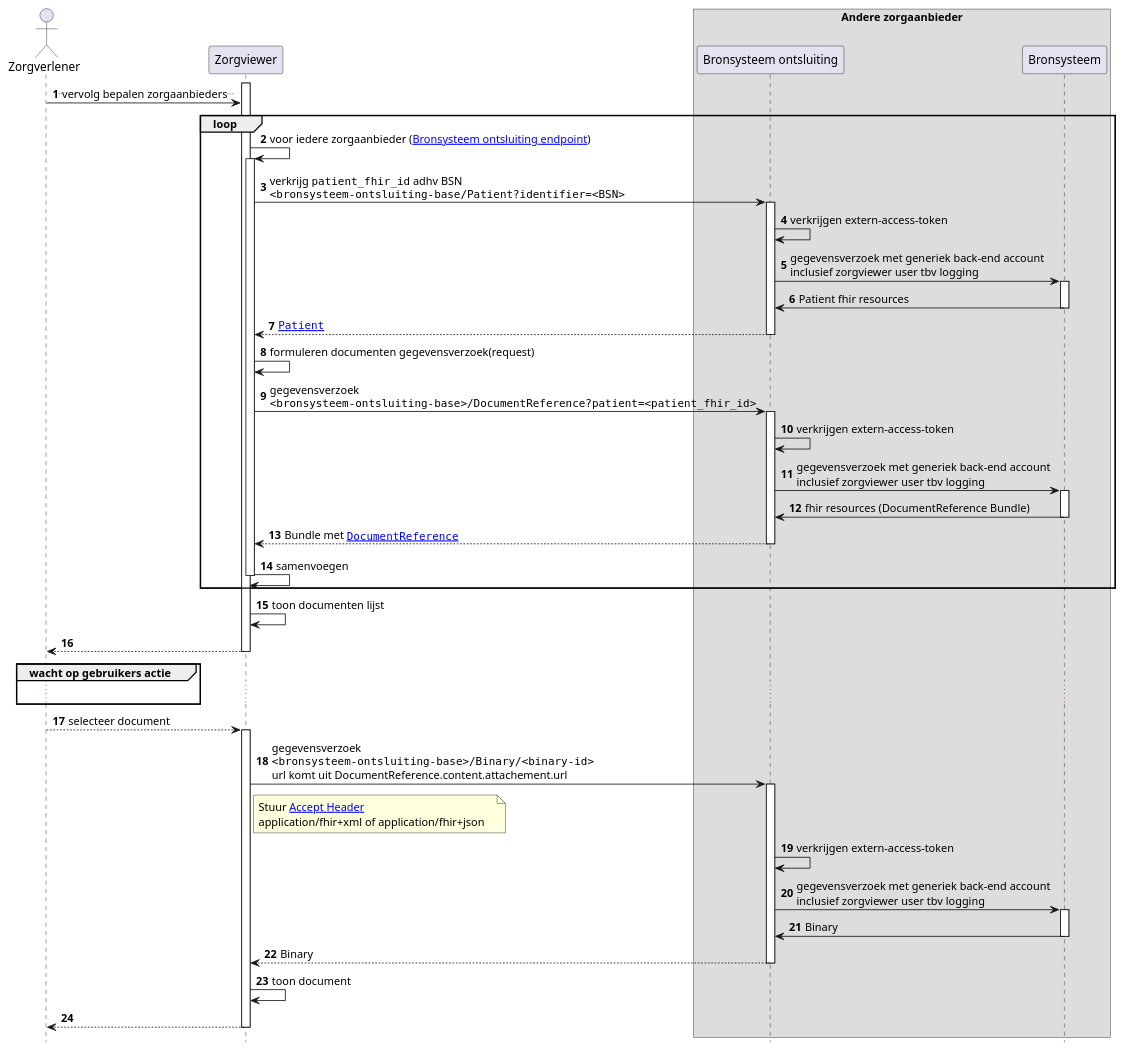
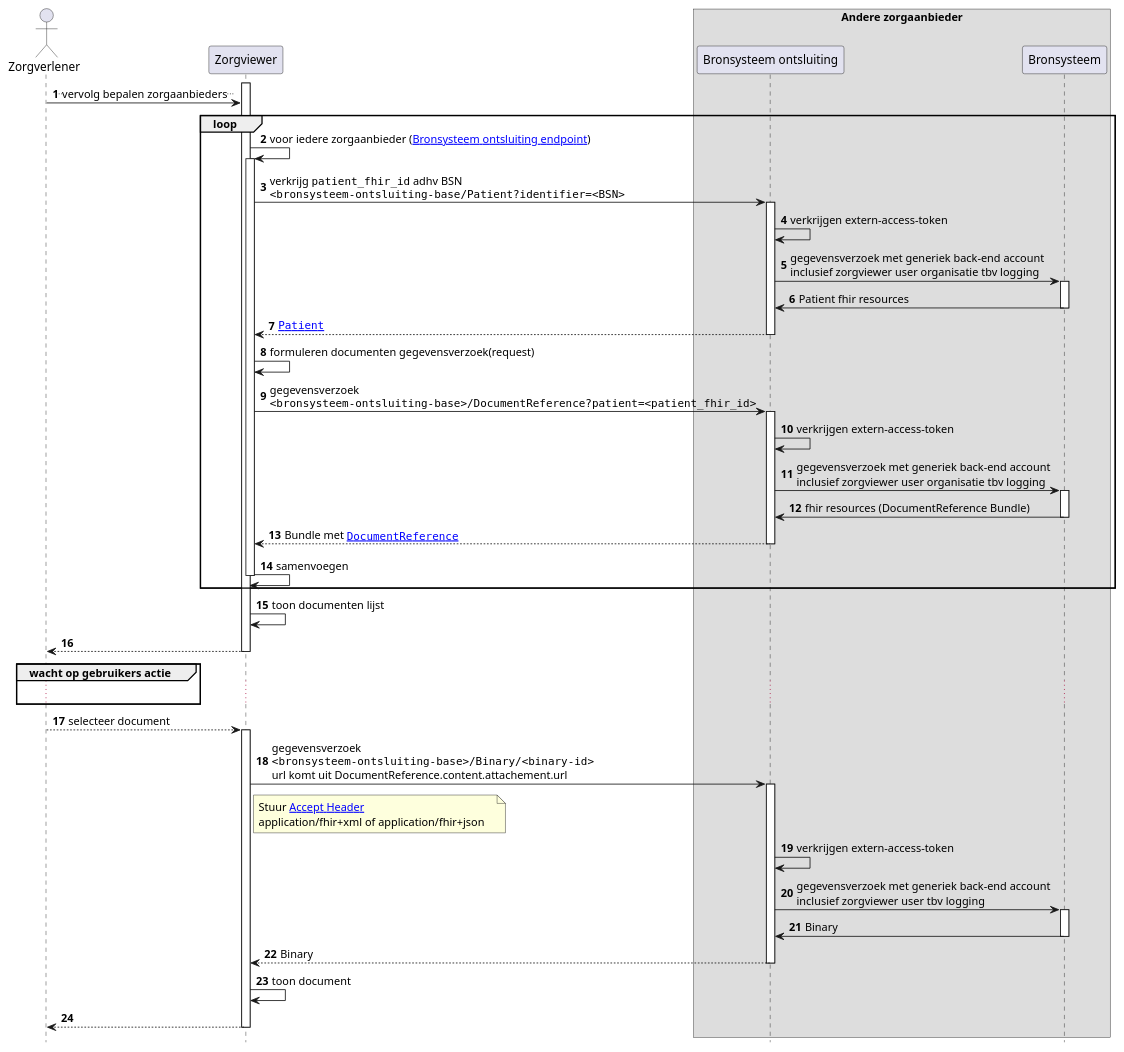
The diagram in input/images-source/Zorgviewer-seq-4.plantuml (RIVO-Noord/zorgviewer-ig), drawn with PlantUML before and after one commit. The commit also changed 1 other file, not shown here.

```diff
--- a/input/images-source/Zorgviewer-seq-4.plantuml
+++ b/input/images-source/Zorgviewer-seq-4.plantuml
@@ -1,64 +1,64 @@
 @startuml
 hide footbox
 autonumber
 
 actor Zorgverlener
 participant Zorgviewer
 box "Andere zorgaanbieder"
 participant "Bronsysteem ontsluiting" as Bron
 participant Bronsysteem
 end box
 
 activate Zorgviewer
 Zorgverlener->Zorgviewer: ..vervolg bepalen zorgaanbieders..
 loop
     Zorgviewer->Zorgviewer: voor iedere zorgaanbieder ([[Endpoint-UMCG.html Bronsysteem ontsluiting endpoint]])
     activate Zorgviewer
     Zorgviewer->Bron : verkrijg ""patient_fhir_id"" adhv BSN\n""<bronsysteem-ontsluiting-base/Patient?identifier=<BSN>""
     activate Bron
     Bron->Bron : verkrijgen extern-access-token
-    Bron->Bronsysteem : gegevensverzoek met generiek back-end account\ninclusief zorgviewer user tbv logging
+    Bron->Bronsysteem : gegevensverzoek met generiek back-end account\ninclusief zorgviewer user organisatie tbv logging
     activate Bronsysteem
     Bronsysteem->Bron: Patient fhir resources
     deactivate Bronsysteem
     Bron-->Zorgviewer : ""[[StructureDefinition-Patient.html Patient]]""
     deactivate Bron
     Zorgviewer->Zorgviewer: formuleren documenten gegevensverzoek(request)
     Zorgviewer->Bron: gegevensverzoek\n""<bronsysteem-ontsluiting-base>/DocumentReference?patient=<patient_fhir_id>""
     activate Bron
     Bron->Bron : verkrijgen extern-access-token
-    Bron->Bronsysteem : gegevensverzoek met generiek back-end account\ninclusief zorgviewer user tbv logging
+    Bron->Bronsysteem : gegevensverzoek met generiek back-end account\ninclusief zorgviewer user organisatie tbv logging
     activate Bronsysteem
     Bronsysteem->Bron: fhir resources (DocumentReference Bundle)
     deactivate Bronsysteem
     Bron-->Zorgviewer: Bundle met ""[[StructureDefinition-DocumentReference.html DocumentReference]]""
     deactivate Bron
     Zorgviewer->Zorgviewer: samenvoegen
     deactivate Zorgviewer
 end
 Zorgviewer->Zorgviewer: toon documenten lijst
 Zorgviewer-->Zorgverlener
 deactivate Zorgviewer
 group wacht op gebruikers actie
 ...
 end
 Zorgverlener-->Zorgviewer: selecteer document
 activate Zorgviewer
 Zorgviewer->Bron: gegevensverzoek\n""<bronsysteem-ontsluiting-base>/Binary/<binary-id>""\nurl komt uit DocumentReference.content.attachement.url
 note right Zorgviewer
     Stuur [[http://hl7.org/fhir/STU3/binary.html#rest Accept Header]]
     application/fhir+xml of application/fhir+json   
 end note
 activate Bron
 Bron->Bron : verkrijgen extern-access-token
 Bron->Bronsysteem : gegevensverzoek met generiek back-end account\ninclusief zorgviewer user tbv logging
 activate Bronsysteem
 Bronsysteem->Bron: Binary
 deactivate Bronsysteem
 Bron-->Zorgviewer: Binary
 deactivate Bron
 Zorgviewer->Zorgviewer: toon document
 Zorgviewer-->Zorgverlener
 deactivate Zorgviewer
 
 @enduml
```
